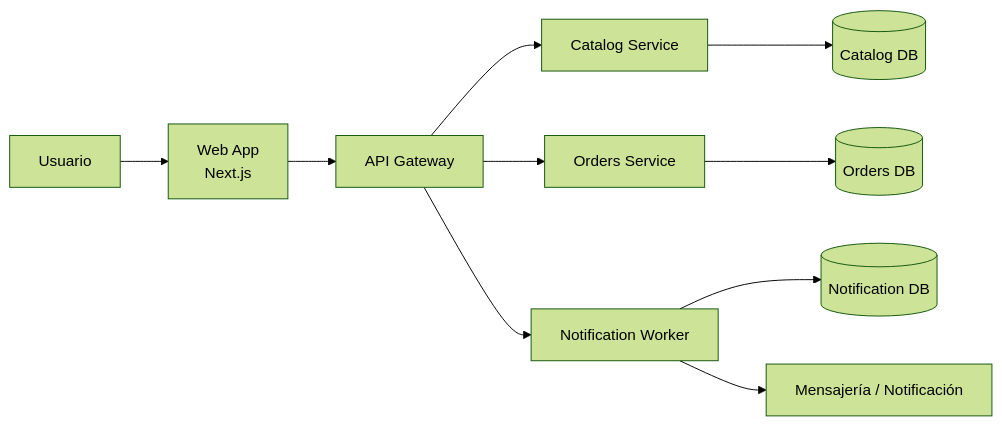
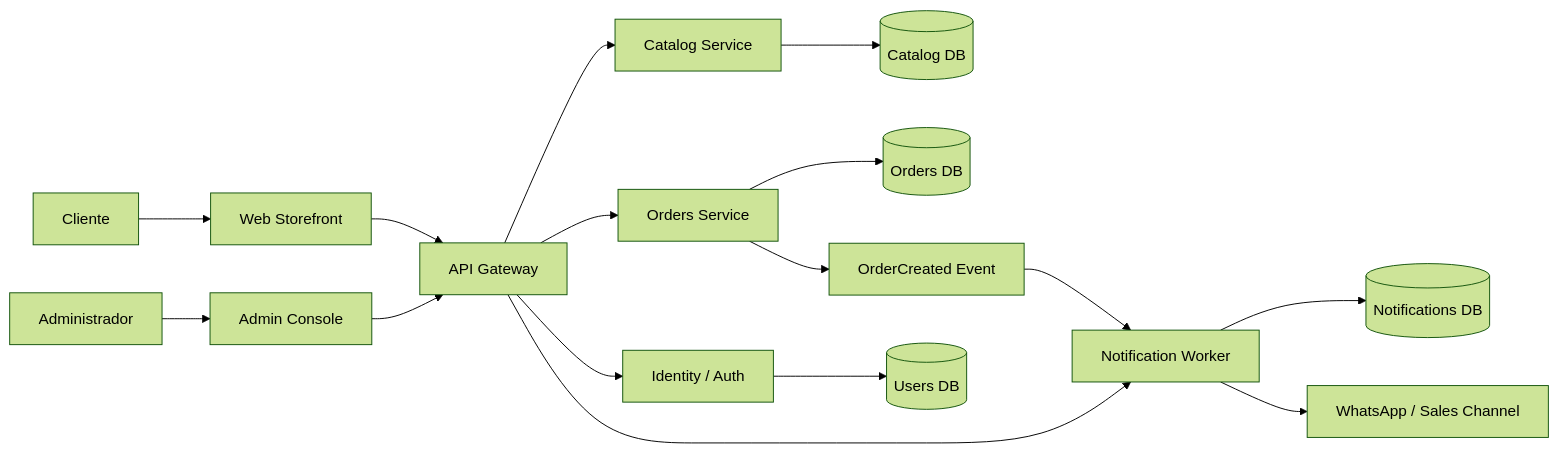
Before and after one commit to HectorARiascosI/mileshop-platform: the diagram in docs/wiki/README.md, drawn with Mermaid (forest theme). The commit also changed other lines of this file and 8 other files, not shown here.

Commit message:
fix(checkout): enforce customer identity before order creation

````diff
--- a/docs/wiki/README.md
+++ b/docs/wiki/README.md
@@ -28,12 +31,18 @@
 ```mermaid
 flowchart LR
-    U[Usuario] --> W[Web App\nNext.js]
+    C[Cliente] --> W[Web Storefront]
+    A[Administrador] --> ADM[Admin Console]
     W --> G[API Gateway]
-    G --> C[Catalog Service]
-    G --> O[Orders Service]
-    G --> N[Notification Worker]
-    C --> DB1[(Catalog DB)]
-    O --> DB2[(Orders DB)]
-    N --> DB3[(Notification DB)]
-    N --> M[Mensajería / Notificación]
+    ADM --> G
+    G --> CAT[Catalog Service]
+    G --> ORD[Orders Service]
+    G --> AUTH[Identity / Auth]
+    G --> NOT[Notification Worker]
+    CAT --> DC[(Catalog DB)]
+    ORD --> DO[(Orders DB)]
+    AUTH --> DU[(Users DB)]
+    NOT --> DN[(Notifications DB)]
+    ORD --> EV[OrderCreated Event]
+    EV --> NOT
+    NOT --> WA[WhatsApp / Sales Channel]
 ```
````
